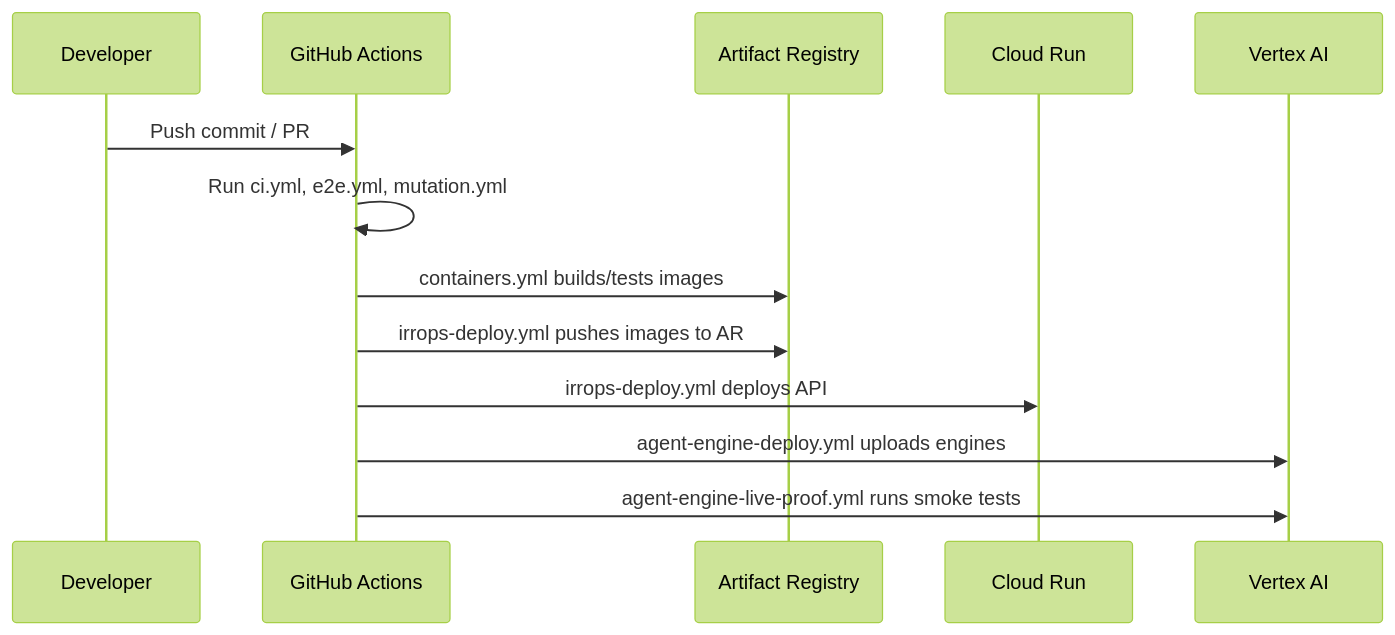
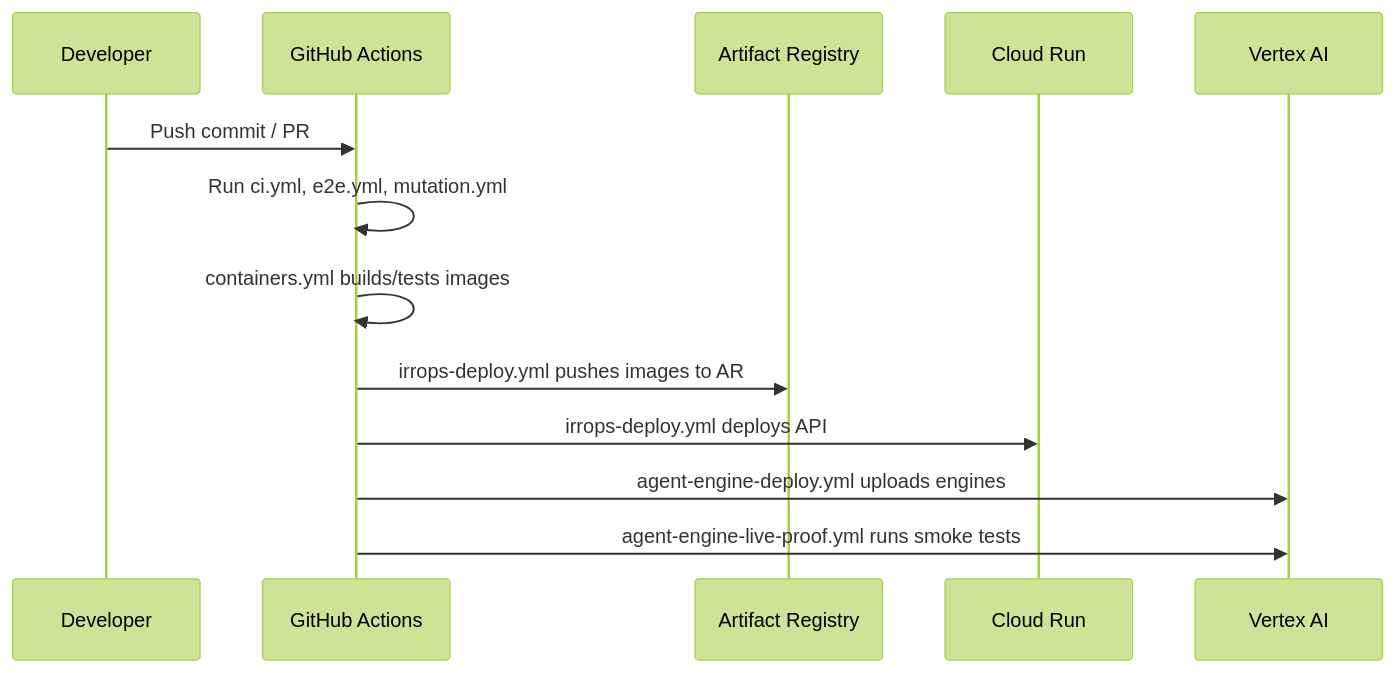
The third of 3 diagrams in docs/product/architecture.md (duboc/acme-airlines), drawn with Mermaid (forest theme) before and after one commit. The commit also changed other lines of this file, not shown here.

Commit message:
docs(product): incorporate final review requests (#515)

````diff
--- a/docs/product/architecture.md
+++ b/docs/product/architecture.md
@@ -189,16 +189,16 @@
 ```mermaid
 sequenceDiagram
     participant Dev as Developer
     participant GH as GitHub Actions
     participant AR as Artifact Registry
     participant CR as Cloud Run
     participant Vertex as Vertex AI
     
     Dev->>GH: Push commit / PR
     GH->>GH: Run ci.yml, e2e.yml, mutation.yml
-    GH->>AR: containers.yml builds/tests images
+    GH->>GH: containers.yml builds/tests images
     GH->>AR: irrops-deploy.yml pushes images to AR
     GH->>CR: irrops-deploy.yml deploys API
     GH->>Vertex: agent-engine-deploy.yml uploads engines
     GH->>Vertex: agent-engine-live-proof.yml runs smoke tests
 ```
````
